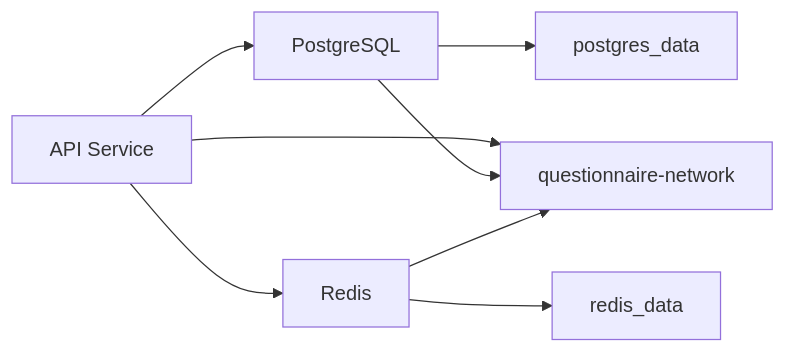
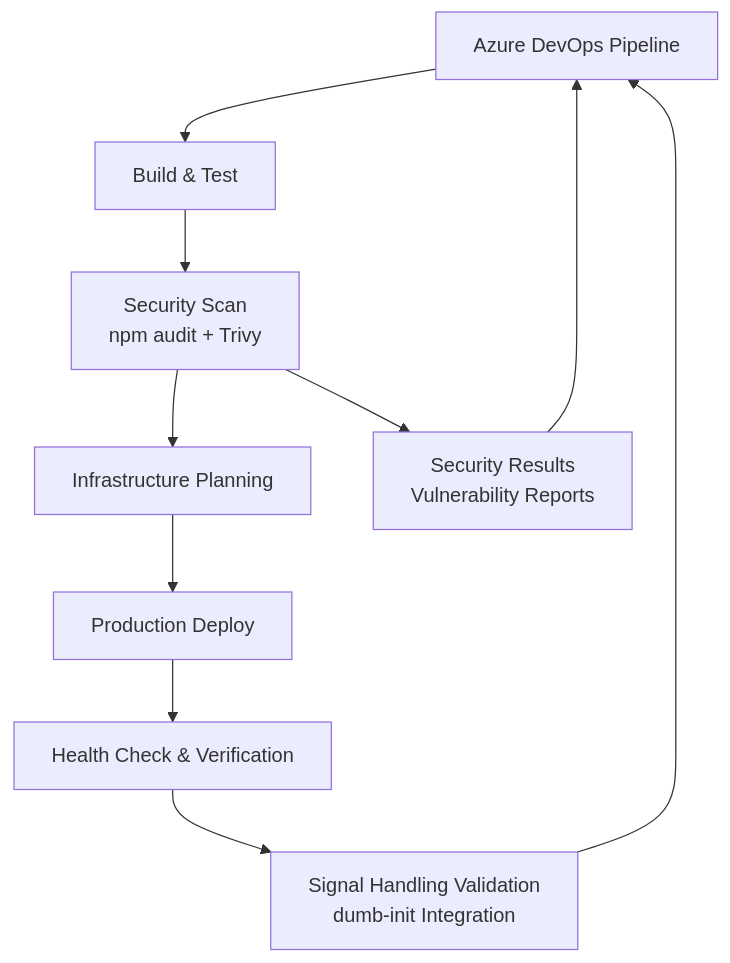
Before and after one commit to Avi-Bendetsky/Quiz-to-build: the tenth of 10 diagrams in .qoder/repowiki/en/content/Deployment and Infrastructure/Docker Containerization.md, drawn with Mermaid. The commit also changed other lines of this file and 41 other files, not shown here.

````diff
--- a/.qoder/repowiki/en/content/Deployment and Infrastructure/Docker Containerization.md
+++ b/.qoder/repowiki/en/content/Deployment and Infrastructure/Docker Containerization.md
@@ -356,10 +902,12 @@
 ```mermaid
-graph LR
-API["API Service"] --> DB["PostgreSQL"]
-API --> CACHE["Redis"]
-DB --> VOL_PG["postgres_data"]
-CACHE --> VOL_RD["redis_data"]
-API --> NET["questionnaire-network"]
-DB --> NET
-CACHE --> NET
+flowchart TD
+Pipeline["Azure DevOps Pipeline"] --> Build["Build & Test"]
+Build --> Security["Security Scan<br/>npm audit + Trivy"]
+Security --> Infrastructure["Infrastructure Planning"]
+Infrastructure --> Deploy["Production Deploy"]
+Deploy --> Verify["Health Check & Verification"]
+Verify --> SignalHandling["Signal Handling Validation<br/>dumb-init Integration"]
+Security --> SecurityResults["Security Results<br/>Vulnerability Reports"]
+SecurityResults --> Pipeline
+SignalHandling --> Pipeline
 ```
````
